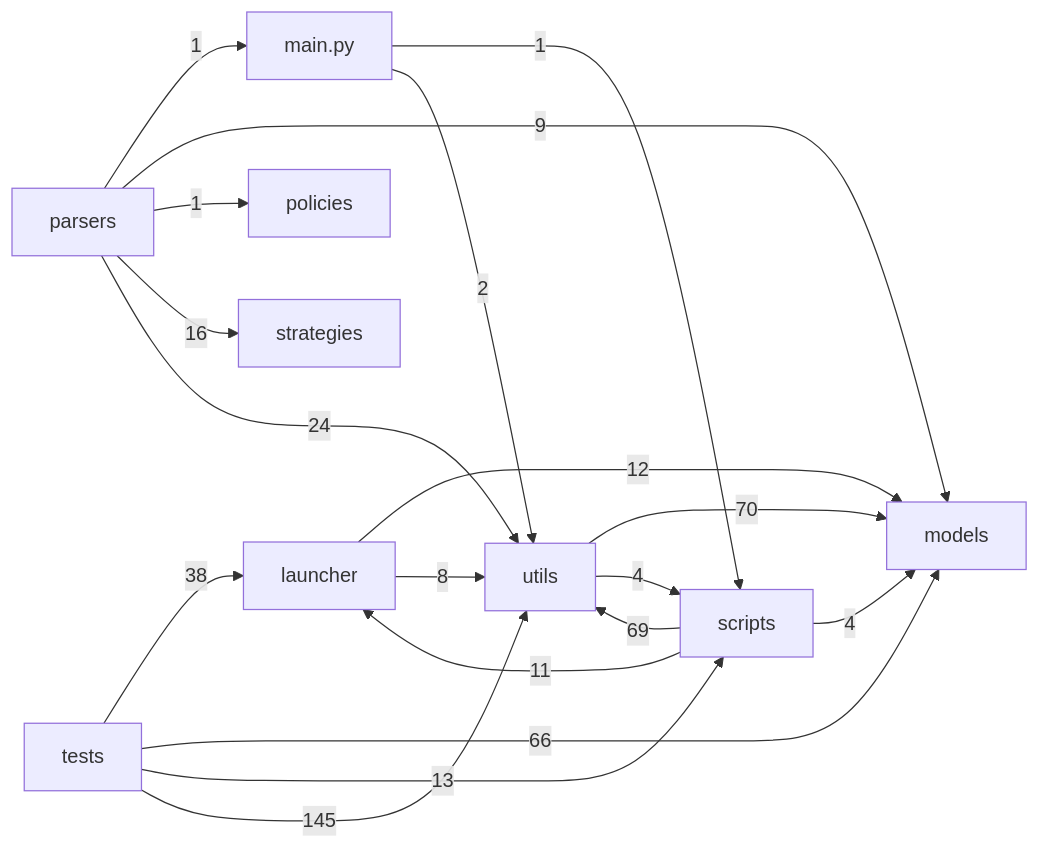
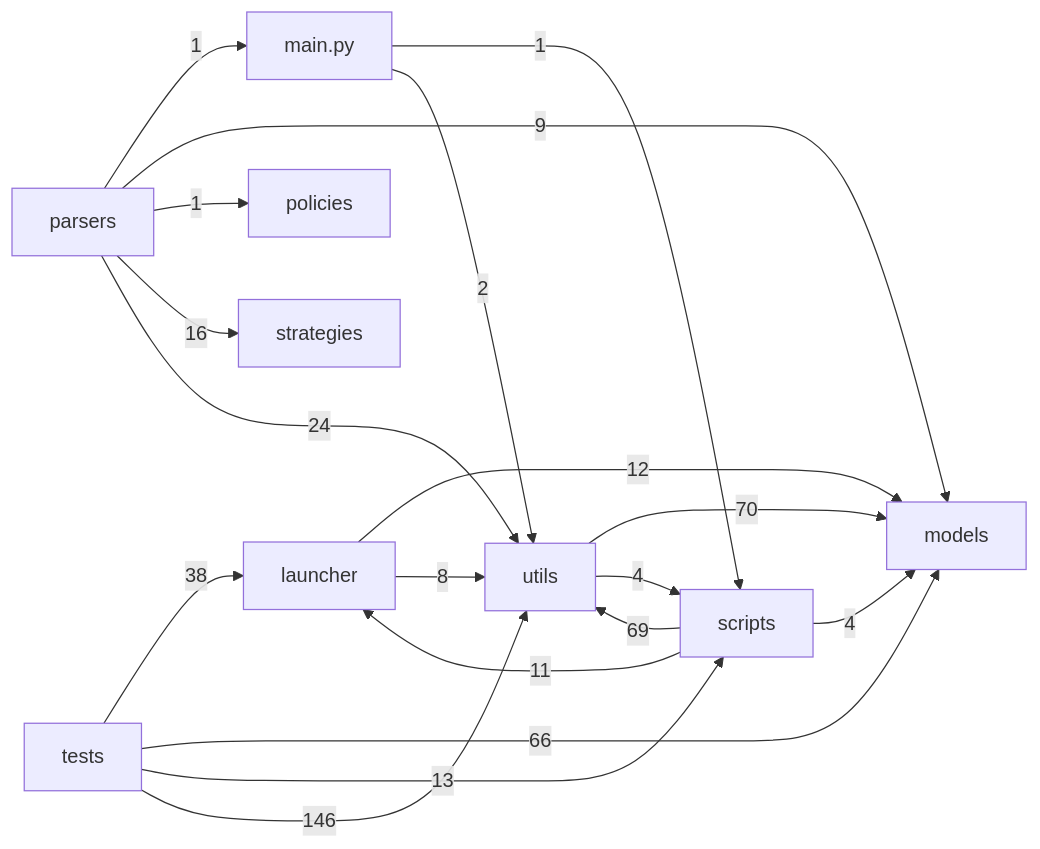
The sixth of 6 diagrams in docs/PROJECT_FILE_FLOW_MAP.md (Lyti4/ParserRIba), drawn with Mermaid before and after one commit. The commit also changed other lines of this file and 4 other files, not shown here.

````diff
--- a/docs/PROJECT_FILE_FLOW_MAP.md
+++ b/docs/PROJECT_FILE_FLOW_MAP.md
@@ -583,21 +582,21 @@
 ```mermaid
 flowchart LR
   n_launcher[launcher] -->|12| n_models[models]
   n_launcher[launcher] -->|8| n_utils[utils]
   n_main_py[main.py] -->|1| n_scripts[scripts]
   n_main_py[main.py] -->|2| n_utils[utils]
   n_parsers[parsers] -->|1| n_main_py[main.py]
   n_parsers[parsers] -->|9| n_models[models]
   n_parsers[parsers] -->|1| n_policies[policies]
   n_parsers[parsers] -->|16| n_strategies[strategies]
   n_parsers[parsers] -->|24| n_utils[utils]
   n_scripts[scripts] -->|11| n_launcher[launcher]
   n_scripts[scripts] -->|4| n_models[models]
   n_scripts[scripts] -->|69| n_utils[utils]
   n_tests[tests] -->|38| n_launcher[launcher]
   n_tests[tests] -->|66| n_models[models]
   n_tests[tests] -->|13| n_scripts[scripts]
-  n_tests[tests] -->|145| n_utils[utils]
+  n_tests[tests] -->|146| n_utils[utils]
   n_utils[utils] -->|70| n_models[models]
   n_utils[utils] -->|4| n_scripts[scripts]
 ```
````
